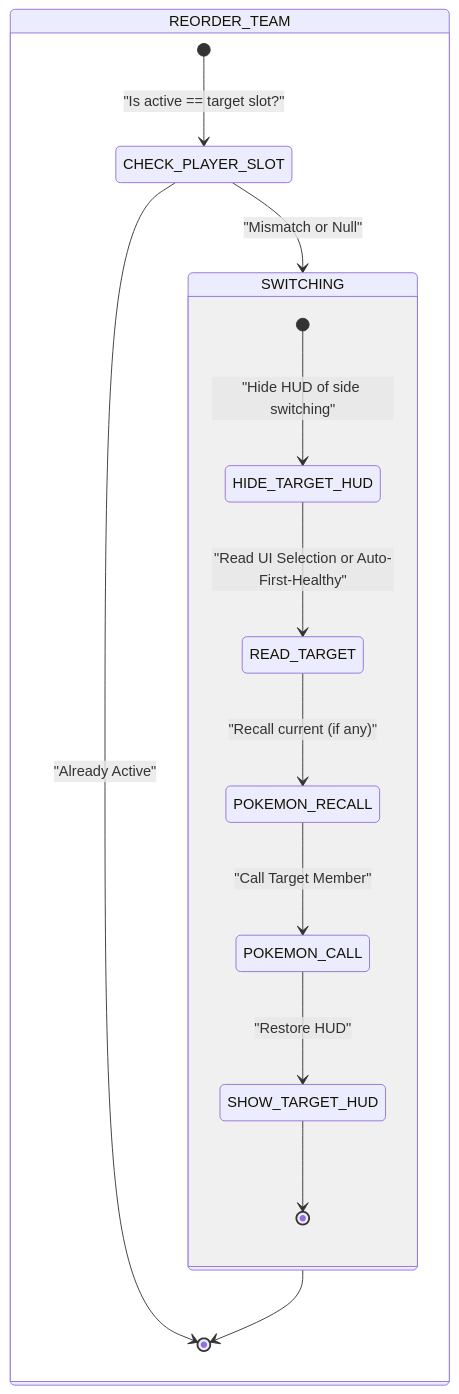
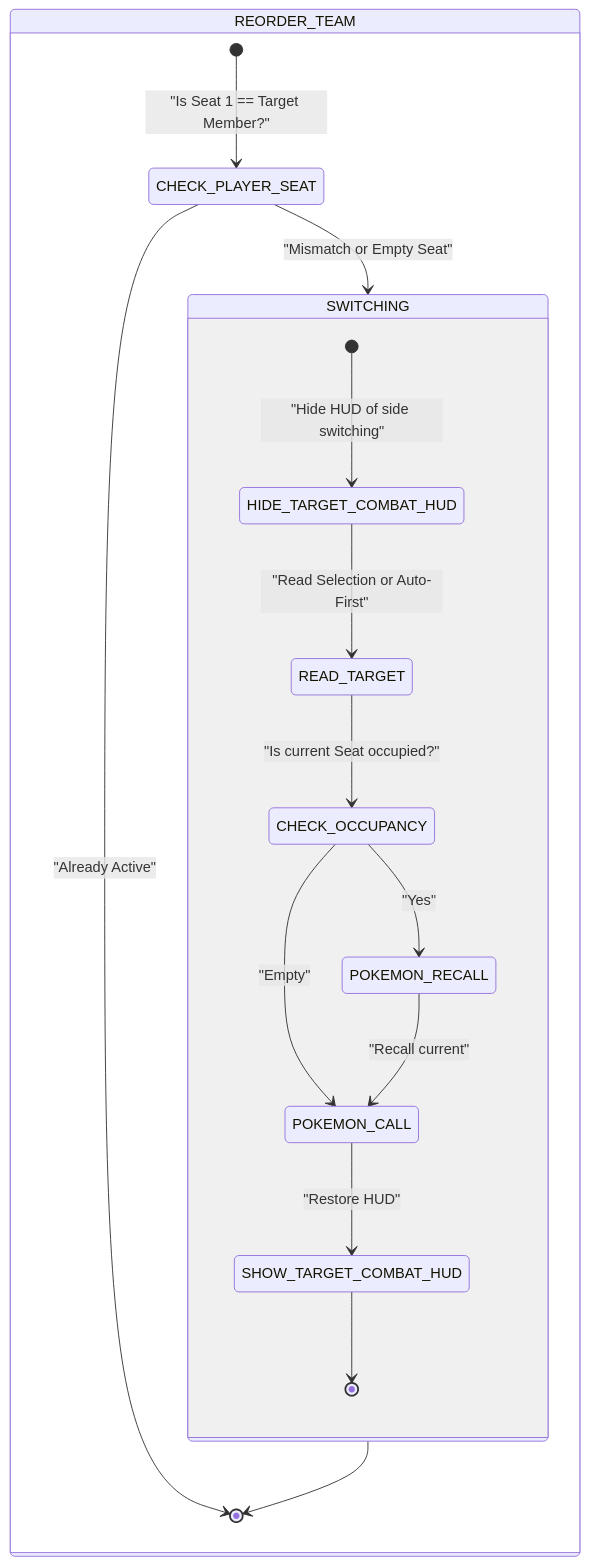
Diagram 13 of 18 in .agents/skills/project-standards/references/battle/battle_mechanics_manual.md (Darkham77/PokeBorrador), drawn with Mermaid before and after one commit. The commit also changed other lines of this file and 43 other files, not shown here.

````diff
--- a/.agents/skills/project-standards/references/battle/battle_mechanics_manual.md
+++ b/.agents/skills/project-standards/references/battle/battle_mechanics_manual.md
@@ -721,21 +757,26 @@
 ```mermaid
 stateDiagram-v2
     state REORDER_TEAM {
-        [*] --> CHECK_PLAYER_SLOT: "Is active == target slot?"
+        [*] --> CHECK_PLAYER_SEAT : "Is Seat 1 == Target Member?"
         
-        state CHECK_PLAYER_SLOT <<choice>>
-        CHECK_PLAYER_SLOT --> [*]: "Already Active"
-        CHECK_PLAYER_SLOT --> SWITCHING: "Mismatch or Null"
+        state CHECK_PLAYER_SEAT <<choice>>
+        CHECK_PLAYER_SEAT --> [*] : "Already Active"
+        CHECK_PLAYER_SEAT --> SWITCHING : "Mismatch or Empty Seat"
         
         state SWITCHING {
-            [*] --> HIDE_TARGET_HUD: "Hide HUD of side switching"
-            HIDE_TARGET_HUD --> READ_TARGET: "Read UI Selection or Auto-First-Healthy"
-            READ_TARGET --> POKEMON_RECALL: "Recall current (if any)"
-            POKEMON_RECALL --> POKEMON_CALL: "Call Target Member"
-            POKEMON_CALL --> SHOW_TARGET_HUD: "Restore HUD"
-            SHOW_TARGET_HUD --> [*]
+            [*] --> HIDE_TARGET_COMBAT_HUD : "Hide HUD of side switching"
+            HIDE_TARGET_COMBAT_HUD --> READ_TARGET : "Read Selection or Auto-First"
+            READ_TARGET --> CHECK_OCCUPANCY : "Is current Seat occupied?"
+            
+            state CHECK_OCCUPANCY <<choice>>
+            CHECK_OCCUPANCY --> POKEMON_RECALL : "Yes"
+            CHECK_OCCUPANCY --> POKEMON_CALL : "Empty"
+            
+            POKEMON_RECALL --> POKEMON_CALL : "Recall current"
+            POKEMON_CALL --> SHOW_TARGET_COMBAT_HUD: "Restore HUD"
+            SHOW_TARGET_COMBAT_HUD --> [*]
         }
         
         SWITCHING --> [*]
     }
 ```
````
